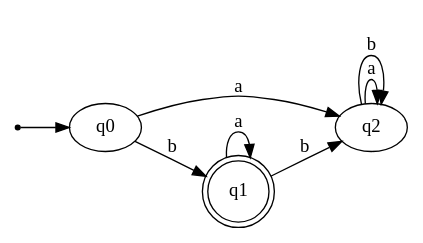
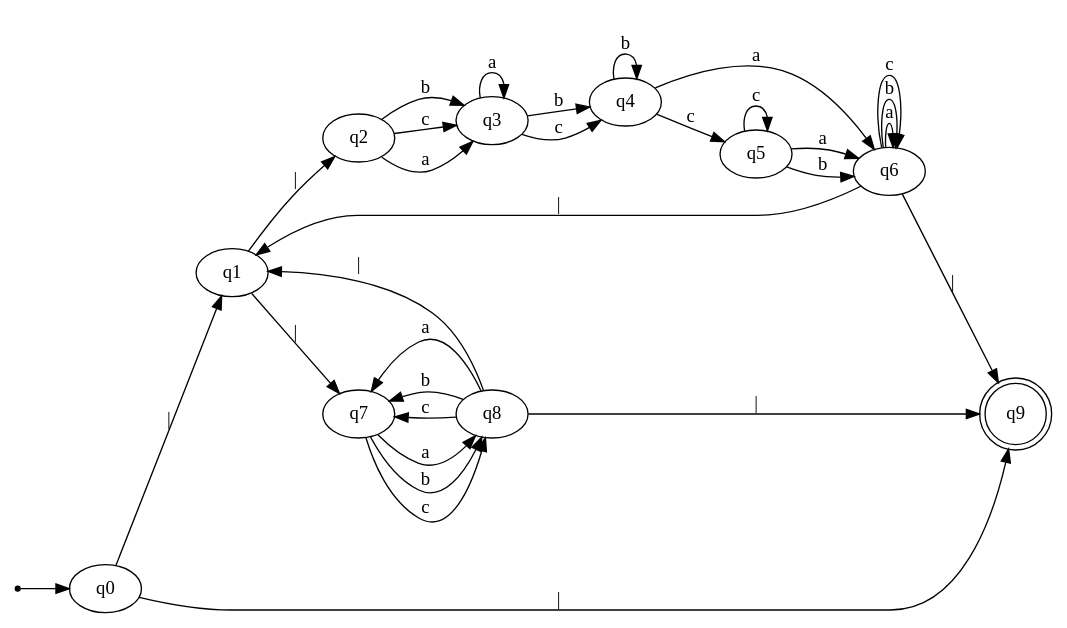
The diagram in example-automatons/automata_dfa.dot (eabalestra/nondeterministic-finite-automaton), drawn with Graphviz before and after one commit. The commit also changed 9 other files, not shown here.

```diff
--- a/example-automatons/automata_dfa.dot
+++ b/example-automatons/automata_dfa.dot
@@ -1,20 +1,38 @@
 digraph{
     rankdir=LR;
     inic[shape=point];
 
     inic->q0;
 
-    q0->q2 [label="a"];
-    q0->q1 [label="b"];
-    q1->q1 [label="a"];
-    q1->q2 [label="b"];
+    q0->q1 [label="|"]
+    q0->q9 [label="|"]
+    q1->q2 [label="|"]
+    q1->q7 [label="|"]
+    q2->q3 [label="a"]
+    q2->q3 [label="b"]
+    q2->q3 [label="c"]
+    q3->q3 [label="a"]
+    q3->q4 [label="b"]
+    q3->q4 [label="c"]
+    q4->q6 [label="a"]
+    q4->q4 [label="b"]
+    q4->q5 [label="c"]
+    q5->q6 [label="a"]
+    q5->q6 [label="b"]
+    q5->q5 [label="c"]
+    q6->q6 [label="a"]
+    q6->q6 [label="b"]
+    q6->q6 [label="c"]
+    q6->q1 [label="|"]
+    q6->q9 [label="|"]
+    q7->q8 [label="a"]
+    q7->q8 [label="b"]
+    q7->q8 [label="c"]
+    q8->q7 [label="a"]
+    q8->q7 [label="b"]
+    q8->q7 [label="c"]
+    q8->q1 [label="|"]
+    q8->q9 [label="|"]
 
-    q1[shape=doublecircle]
-    q2->q2 [label="a"];
-    q2->q2 [label="b"];
+    q9[shape=doublecircle]
 }
-//State q0: {0, 2, 3, 4}
-
-//State q1: {1, 2, 3, 4}
-
-//State q2: {2, 3, 4}
```
